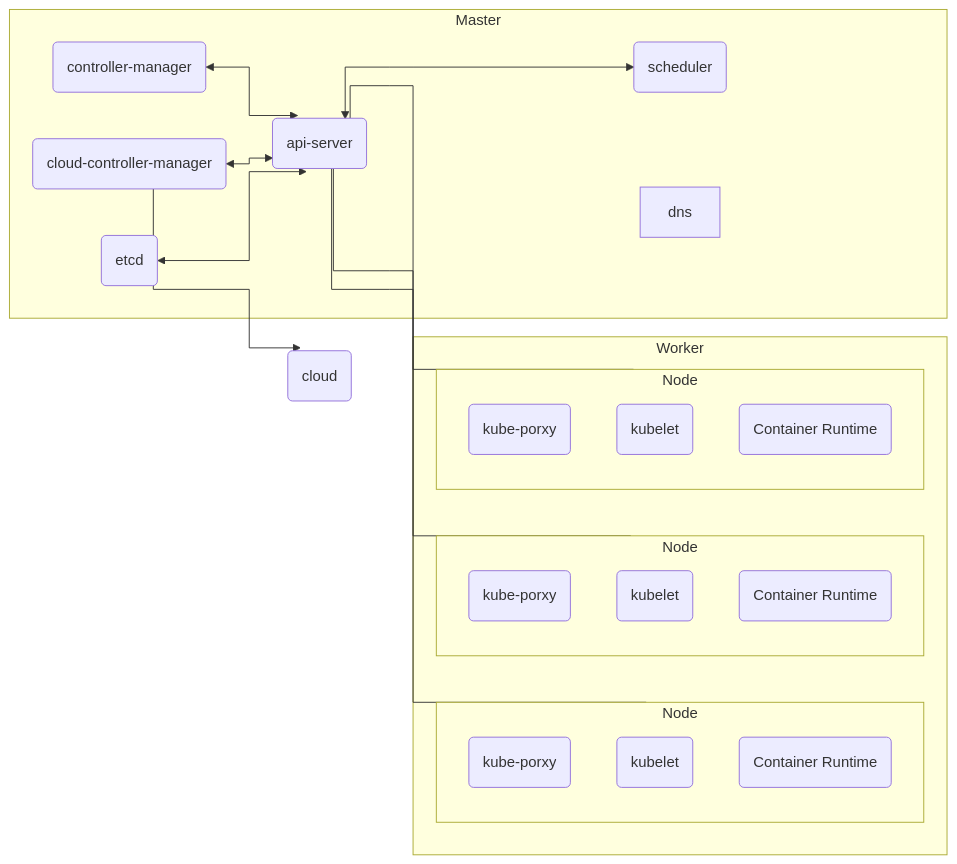
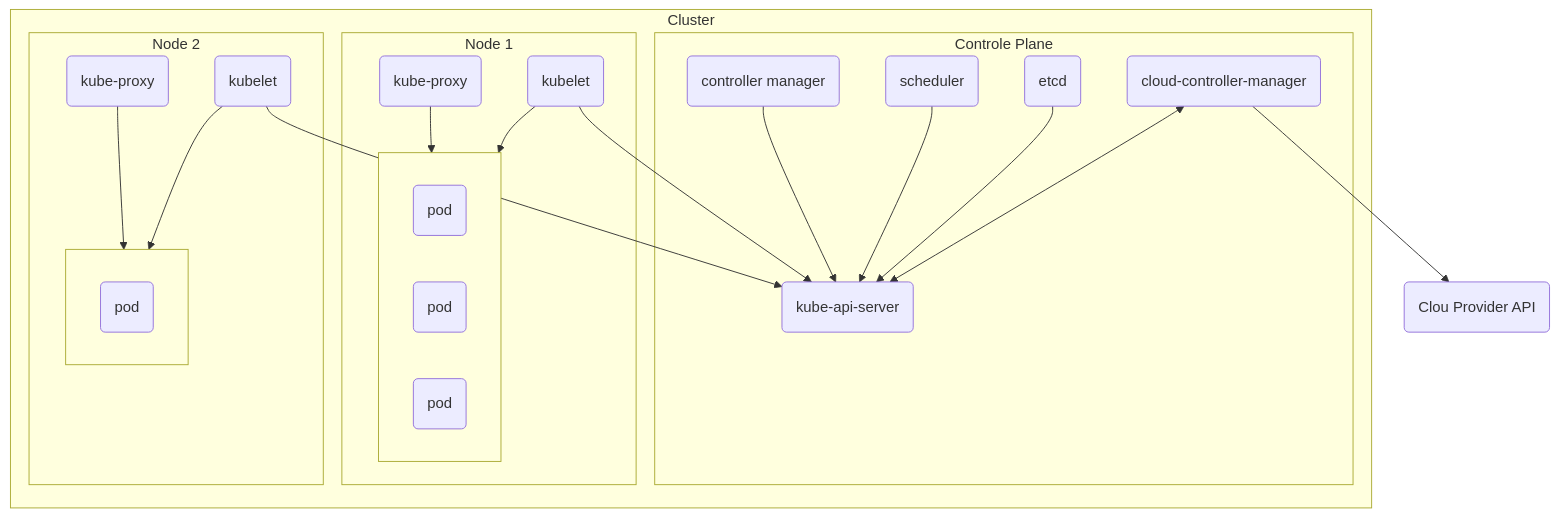
Before and after one commit to kanywst/mermaid-example: the diagram in kubernetes/README.md, drawn with Mermaid. The commit also changed other lines of this file, not shown here.

Commit message:
Update kubernetes architecture

````diff
--- a/kubernetes/README.md
+++ b/kubernetes/README.md
@@ -3,39 +5,41 @@
 ```mermaid
-%%{ init: { 'flowchart': { 'curve': 'stepBefore' } } }%%
-flowchart LR
-    c(cloud)
-    subgraph M[Master]
-        cm(controller-manager)
-        ccm(cloud-controller-manager)
-        e(etcd)
-        as(api-server)
-        s(scheduler)
-        dns
+flowchart TD
+    subgraph C[Cluster]
+        subgraph CP[Controle Plane]
+            ccm(cloud-controller-manager)
+            e(etcd)
+            kas(kube-api-server)
+            s(scheduler)
+            cm(controller manager)
 
-        cm <--> as
-        ccm <--> as
-        e <--> as
-        as <--> s
-    end
-    subgraph W[Worker]
-        subgraph N_1[Node]
-            kp1(kube-porxy)
+            ccm <--> kas
+            e --> kas
+            s --> kas
+            cm --> kas
+        end
+        subgraph N_1[Node 1]
             kl1(kubelet)
-            cr1(Container Runtime)
+            kp1(kube-proxy)
+            subgraph CRI_1[ ]
+                p1(pod)
+                p2(pod)
+                p3(pod)
+            end
+            kl1 --> kas
+            kl1 --> CRI_1
+            kp1 --> CRI_1
         end
-        subgraph N_2[Node]
-            kp2(kube-porxy)
+        subgraph N_2[Node 2]
             kl2(kubelet)
-            cr2(Container Runtime)
-        end
-        subgraph N_3[Node]
-            kp3(kube-porxy)
-            kl3(kubelet)
-            cr3(Container Runtime)
+            kp2(kube-proxy)
+            subgraph CRI_2[ ]
+                p4(pod)
+            end
+            kl2 --> kas
+            kl2 --> CRI_2
+            kp2 --> CRI_2
         end
     end
-    ccm --> c
-    as --- N_1
-    as --- N_2
-    as --- N_3
+    cpa(Clou Provider API)
+    ccm --> cpa
 ```
````
